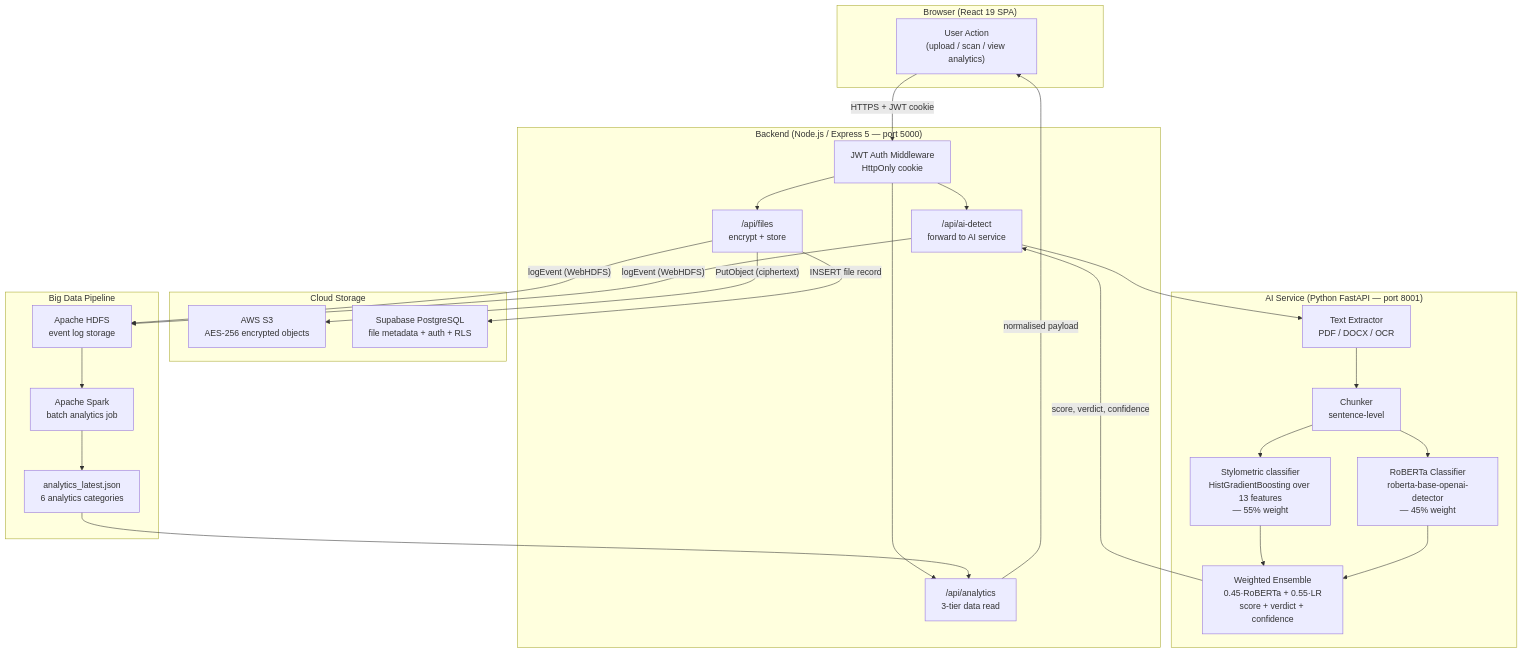
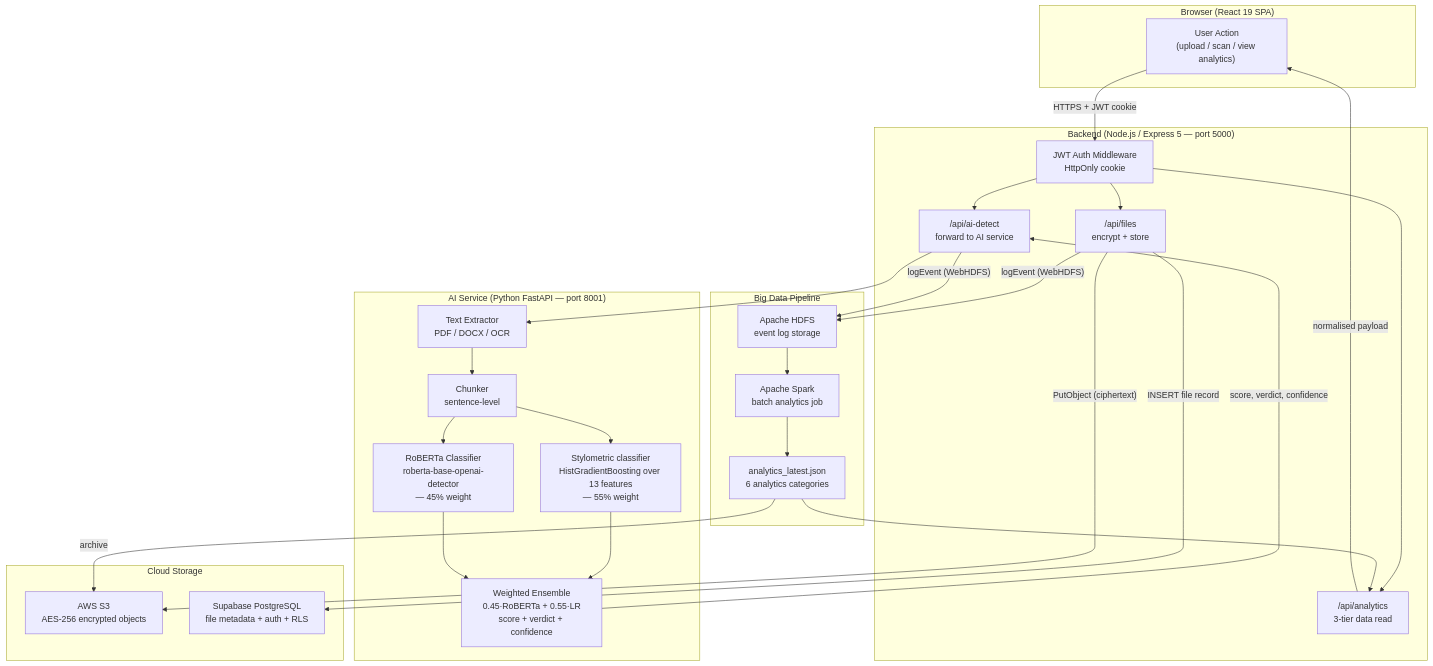
One commit to securitywithhem/vaultiq changed the first of 10 diagrams in README.md. Above: the diagram before and after it, drawn with Mermaid. The commit also changed other lines of this file and 31 other files, not shown here.

Commit message:
chore: Finalize production architecture (HDFS + Spark + AWS S3 Backup)

````diff
--- a/README.md
+++ b/README.md
@@ -166,57 +166,58 @@
 ```mermaid
 flowchart TD
     subgraph Browser["Browser (React 19 SPA)"]
         UI["User Action<br/>(upload / scan / view analytics)"]
     end
 
     subgraph Backend["Backend (Node.js / Express 5 — port 5000)"]
         Auth["JWT Auth Middleware<br/>HttpOnly cookie"]
         FileRoute["/api/files<br/>encrypt + store"]
         AIRoute["/api/ai-detect<br/>forward to AI service"]
         AnalyticsRoute["/api/analytics<br/>3-tier data read"]
     end
 
     subgraph Storage["Cloud Storage"]
         S3["AWS S3<br/>AES-256 encrypted objects"]
         DB["Supabase PostgreSQL<br/>file metadata + auth + RLS"]
     end
 
     subgraph AIService["AI Service (Python FastAPI — port 8001)"]
         Extract["Text Extractor<br/>PDF / DOCX / OCR"]
         Chunk["Chunker<br/>sentence-level"]
         StatModel["Stylometric classifier<br/>HistGradientBoosting over 13 features<br/>— 55% weight"]
         RoBERTa["RoBERTa Classifier<br/>roberta-base-openai-detector<br/>— 45% weight"]
         Ensemble["Weighted Ensemble<br/>0.45·RoBERTa + 0.55·LR<br/>score + verdict + confidence"]
     end
 
     subgraph BigData["Big Data Pipeline"]
         HDFS["Apache HDFS<br/>event log storage"]
         Spark["Apache Spark<br/>batch analytics job"]
         Results["analytics_latest.json<br/>6 analytics categories"]
     end
 
     UI -->|"HTTPS + JWT cookie"| Auth
     Auth --> FileRoute
     Auth --> AIRoute
     Auth --> AnalyticsRoute
 
     FileRoute -->|"PutObject (ciphertext)"| S3
     FileRoute -->|"INSERT file record"| DB
 
     AIRoute --> Extract
     Extract --> Chunk
     Chunk --> StatModel
     Chunk --> RoBERTa
     StatModel --> Ensemble
     RoBERTa --> Ensemble
     Ensemble -->|"score, verdict, confidence"| AIRoute
 
     FileRoute -->|"logEvent (WebHDFS)"| HDFS
     AIRoute -->|"logEvent (WebHDFS)"| HDFS
 
     HDFS --> Spark
     Spark --> Results
     Results --> AnalyticsRoute
+    Results -->|"archive"| S3
 
     AnalyticsRoute -->|"normalised payload"| UI
 ```
````
